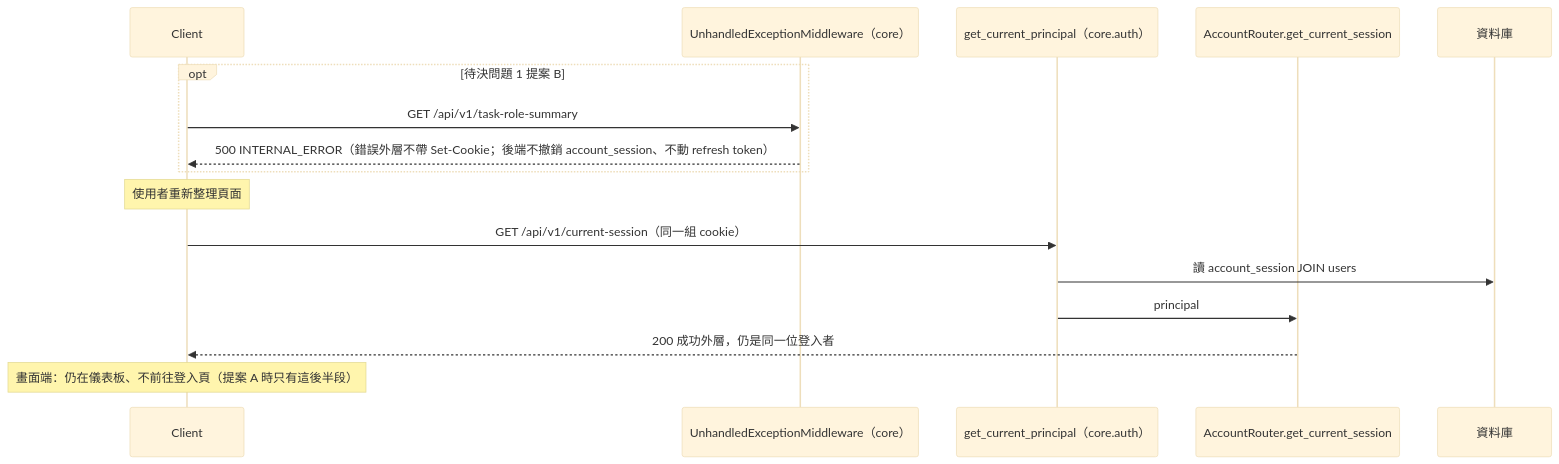
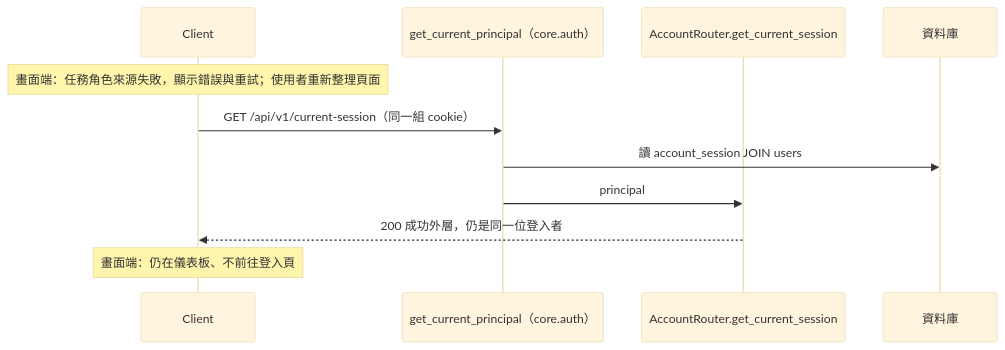
The sixth of 6 diagrams in openspec/changes/dashboard-shell/system-design.md (label-suite/label-suite), drawn with Mermaid (base theme) before and after one commit. The commit also changed other lines of this file and 3 other files, not shown here.

````diff
--- a/openspec/changes/dashboard-shell/system-design.md
+++ b/openspec/changes/dashboard-shell/system-design.md
@@ -368,18 +201,13 @@
 ```mermaid
 sequenceDiagram
   participant C as Client
-  participant M as UnhandledExceptionMiddleware（core）
   participant G as get_current_principal（core.auth）
   participant AR as AccountRouter.get_current_session
   participant DB as 資料庫
-  opt 待決問題 1 提案 B
-    C->>M: GET /api/v1/task-role-summary
-    M-->>C: 500 INTERNAL_ERROR（錯誤外層不帶 Set-Cookie；後端不撤銷 account_session、不動 refresh token）
-  end
-  Note over C: 使用者重新整理頁面
+  Note over C: 畫面端：任務角色來源失敗，顯示錯誤與重試；使用者重新整理頁面
   C->>G: GET /api/v1/current-session（同一組 cookie）
   G->>DB: 讀 account_session JOIN users
   G->>AR: principal
   AR-->>C: 200 成功外層，仍是同一位登入者
-  Note over C: 畫面端：仍在儀表板、不前往登入頁（提案 A 時只有這後半段）
+  Note over C: 畫面端：仍在儀表板、不前往登入頁
 ```
````
